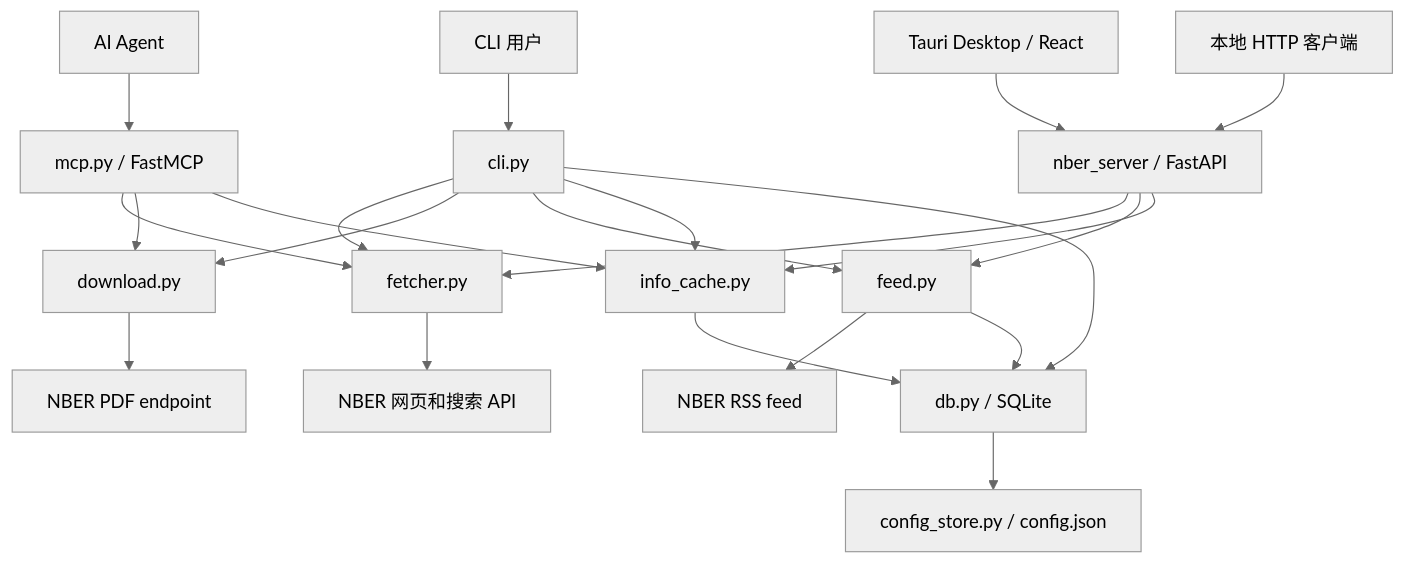
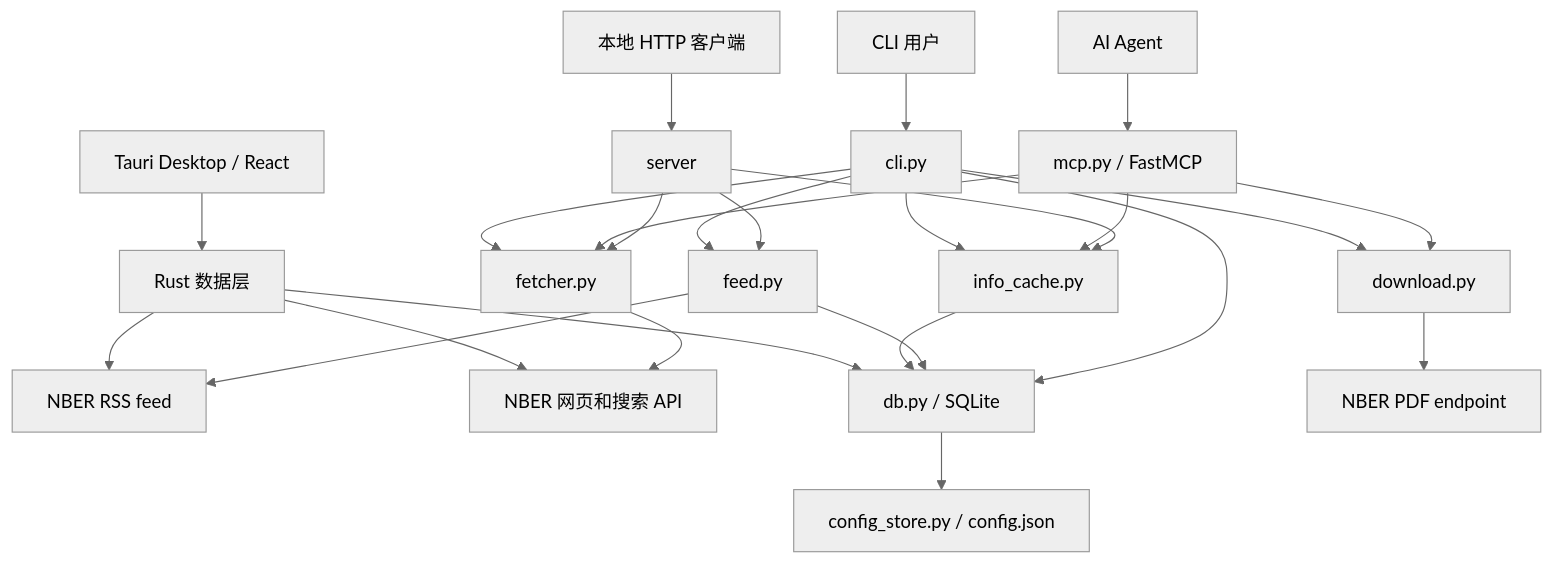
The diagram in docs/zh/architecture.md (SepineTam/NBER-CLI), drawn with Mermaid (neutral theme) before and after one commit. The commit also changed other lines of this file and 65 other files, not shown here.

Commit message:
feat(desktop): replace Python sidecar with native Rust data layer

````diff
--- a/docs/zh/architecture.md
+++ b/docs/zh/architecture.md
@@ -7,24 +7,27 @@
 ```mermaid
 flowchart TD
     user[CLI 用户] --> cli[cli.py]
     agent[AI Agent] --> mcp[mcp.py / FastMCP]
-    desktop[Tauri Desktop / React] --> server[nber_server / FastAPI]
+    desktop[Tauri Desktop / React] --> native[Rust 数据层]
     local[本地 HTTP 客户端] --> server
     cli --> fetcher[fetcher.py]
     cli --> download[download.py]
     cli --> feed[feed.py]
     cli --> cache[info_cache.py]
     mcp --> fetcher
     mcp --> download
     mcp --> cache
     server --> fetcher
     server --> feed
     server --> cache
+    native --> rss
+    native --> nber
+    native --> db
     fetcher --> nber[NBER 网页和搜索 API]
     download --> pdf[NBER PDF endpoint]
     feed --> rss[NBER RSS feed]
     cache --> db[db.py / SQLite]
     feed --> db
     cli --> db
     db --> config[config_store.py / config.json]
 ```
````
